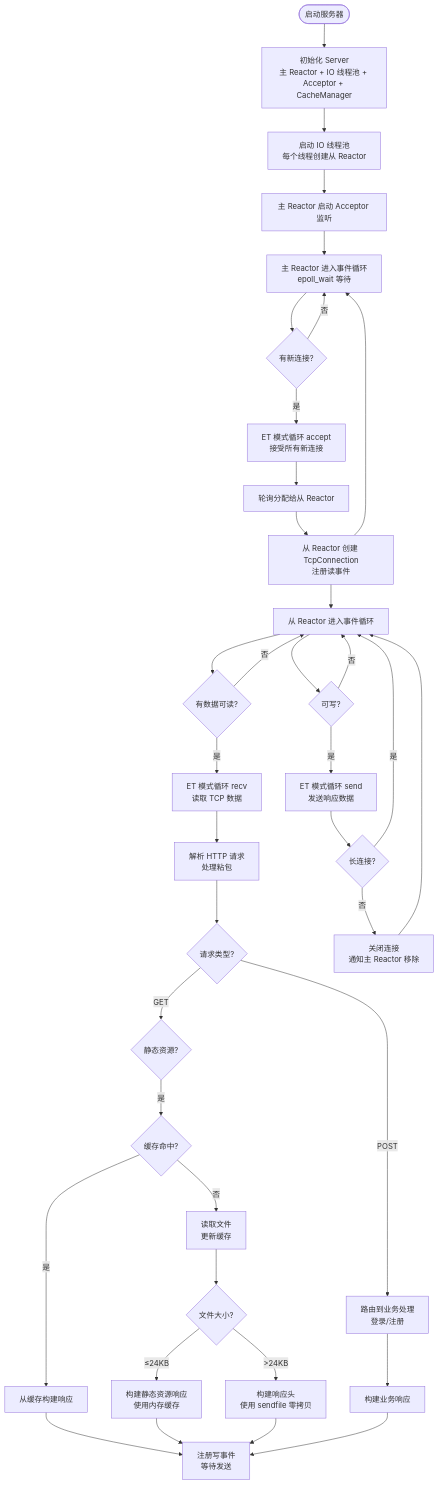
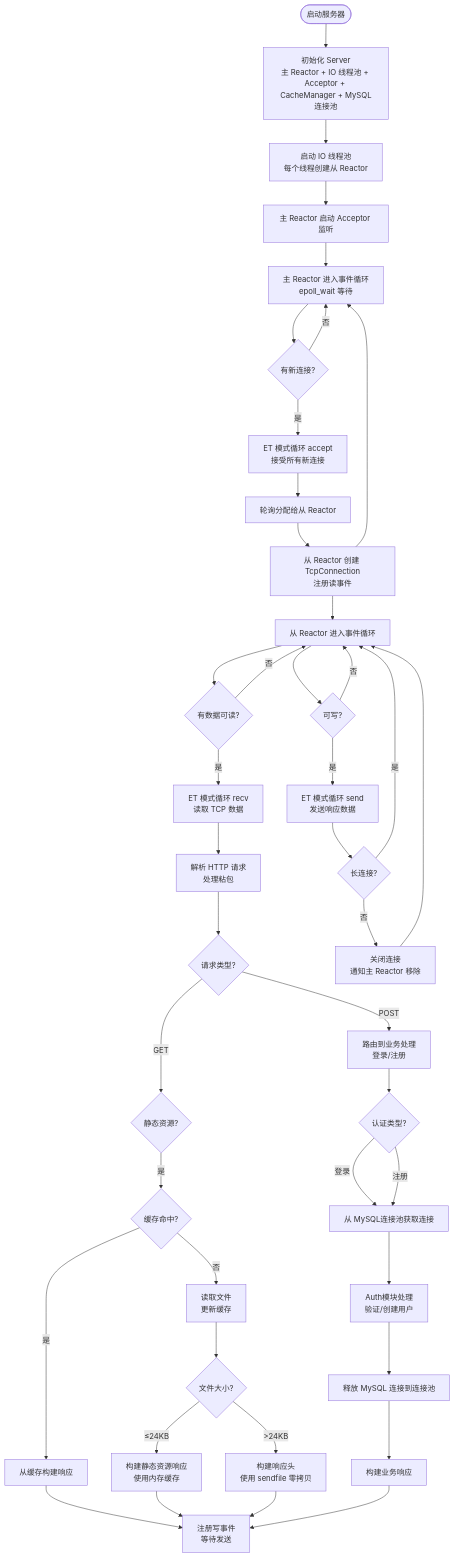
Before and after one commit to Linsdfe/WebServer-Reactor: the diagram in README.md, drawn with Mermaid. The commit also changed other lines of this file and 18 other files, not shown here.

````diff
--- a/README.md
+++ b/README.md
@@ -252,44 +212,49 @@
 ```mermaid
 flowchart TD
-    Start([启动服务器]) --> Init[初始化 Server<br/>主 Reactor + IO 线程池 + Acceptor + CacheManager]
+    Start([启动服务器]) --> Init[初始化 Server<br/>主 Reactor + IO 线程池 + Acceptor + CacheManager + MySQL连接池]
     Init --> StartLoop[启动 IO 线程池<br/>每个线程创建从 Reactor]
     StartLoop --> Listen[主 Reactor 启动 Acceptor 监听]
     Listen --> MainLoop[主 Reactor 进入事件循环<br/>epoll_wait 等待]
     
     MainLoop --> Accept{有新连接?}
     Accept -->|是| AcceptConn[ET 模式循环 accept<br/>接受所有新连接]
     AcceptConn --> Dispatch[轮询分配给从 Reactor]
     Dispatch --> CreateConn[从 Reactor 创建 TcpConnection<br/>注册读事件]
     CreateConn --> MainLoop
     
     CreateConn --> SubLoop[从 Reactor 进入事件循环]
     SubLoop --> Read{有数据可读?}
     Read -->|是| ReadData[ET 模式循环 recv<br/>读取 TCP 数据]
     ReadData --> Parse[解析 HTTP 请求<br/>处理粘包]
     Parse --> MethodCheck{请求类型?}
     MethodCheck -->|GET| CheckCache{静态资源?}
     CheckCache -->|是| CacheHit{缓存命中?}
     CacheHit -->|是| BuildFromCache[从缓存构建响应]
     CacheHit -->|否| ReadFile[读取文件<br/>更新缓存]
     ReadFile --> FileSizeCheck{文件大小?}
     FileSizeCheck -->|≤24KB| BuildStatic[构建静态资源响应<br/>使用内存缓存]
-    FileSizeCheck -->|>24KB| BuildSendfile[构建响应头<br/>使用 sendfile 零拷贝]
+    FileSizeCheck -->|&gt;24KB| BuildSendfile[构建响应头<br/>使用 sendfile 零拷贝]
     BuildFromCache --> Write
     BuildStatic --> Write
     BuildSendfile --> Write
     MethodCheck -->|POST| RouteBusiness[路由到业务处理<br/>登录/注册]
-    RouteBusiness --> BuildDynamic[构建业务响应]
+    RouteBusiness --> AuthCheck{认证类型?}
+    AuthCheck -->|登录| GetConn[从 MySQL连接池获取连接]
+    AuthCheck -->|注册| GetConn
+    GetConn --> AuthProcess[Auth模块处理<br/>验证/创建用户]
+    AuthProcess --> ReleaseConn[释放 MySQL 连接到连接池]
+    ReleaseConn --> BuildDynamic[构建业务响应]
     BuildDynamic --> Write
     Write[注册写事件<br/>等待发送]
     
     SubLoop --> WriteReady{可写?}
     WriteReady -->|是| SendData[ET 模式循环 send<br/>发送响应数据]
     SendData --> CheckKeepAlive{长连接?}
     CheckKeepAlive -->|否| CloseConn[关闭连接<br/>通知主 Reactor 移除]
     CheckKeepAlive -->|是| SubLoop
     CloseConn --> SubLoop
     
     Accept -->|否| MainLoop
     Read -->|否| SubLoop
     WriteReady -->|否| SubLoop
 ```
````
